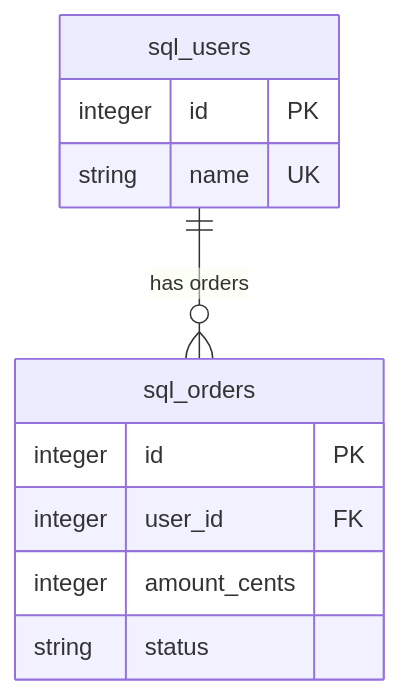
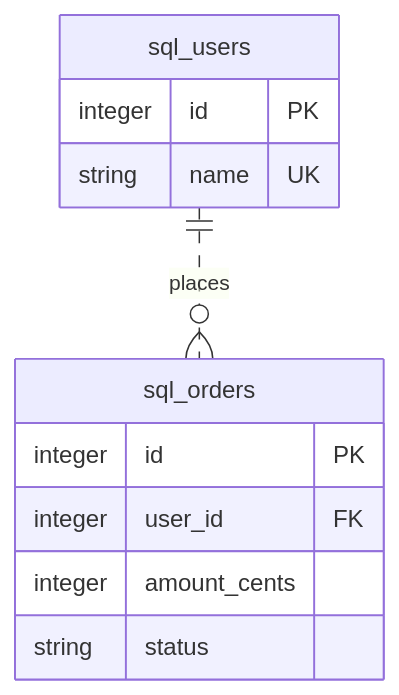
One commit to IAMN1/devrefsnap changed the diagram in docs/en/databases/sql/query-lab.md. Above: the diagram before and after it, drawn with Mermaid. The commit also changed other lines of this file and 32 other files, not shown here.

First line of the commit message:
docs: Clarify diagrams, show API calls and add a first Python program

````diff
--- a/docs/en/databases/sql/query-lab.md
+++ b/docs/en/databases/sql/query-lab.md
@@ -35,14 +35,16 @@
 ```mermaid
 erDiagram
-    sql_users ||--o{ sql_orders : "has orders"
+    accTitle: Users and orders
+    accDescr: An order has its own primary key id. Every order references one user through user_id. A user can have zero or more orders.
+    sql_users ||..o{ sql_orders : "places"
     sql_users {
         integer id PK
         string name UK
     }
     sql_orders {
         integer id PK
         integer user_id FK
         integer amount_cents
         string status
     }
 ```
````
